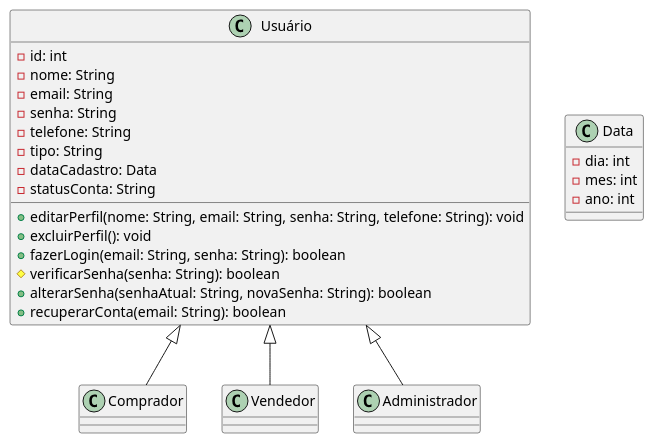
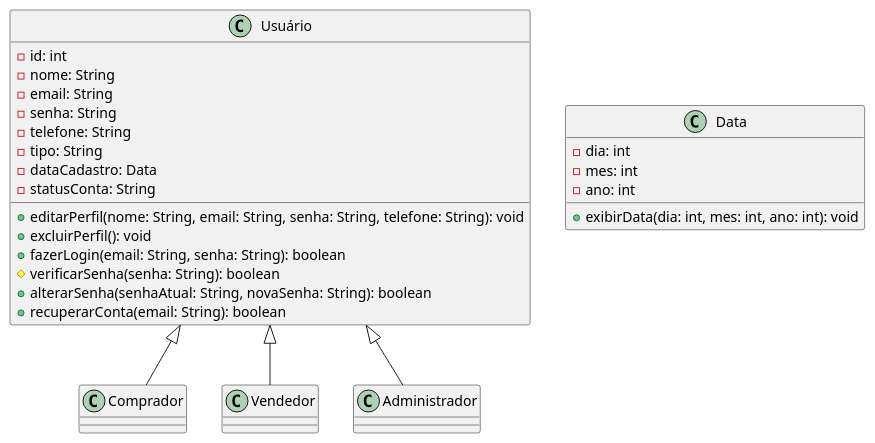
Before and after one commit to guilhermeoliveirateo/sistema-compra-venda-veiculos: the diagram in classes.md, drawn with PlantUML.

````diff
--- a/classes.md
+++ b/classes.md
@@ -9,46 +9,48 @@
 ``` plantuml
 @startuml 
 
 class Usuário {
 -id: int
 -nome: String
 -email: String
 -senha: String
 -telefone: String
 -tipo: String
 -dataCadastro: Data
 -statusConta: String
 
 +editarPerfil(nome: String, email: String, senha: String, telefone: String): void
 +excluirPerfil(): void
 +fazerLogin(email: String, senha: String): boolean
 #verificarSenha(senha: String): boolean
 +alterarSenha(senhaAtual: String, novaSenha: String): boolean
 +recuperarConta(email: String): boolean
 
 }
 
 class Comprador {
 
 }
 
 class Vendedor {
 
 }
 
 class Administrador {
 
 }
 
 Usuário <|-- Comprador
 Usuário <|-- Vendedor
 Usuário <|-- Administrador
 
 class Data {
 -dia: int
 -mes: int
 -ano: int
+
++exibirData(dia: int, mes: int, ano: int): void
 }
  
 @enduml
 ```
````
